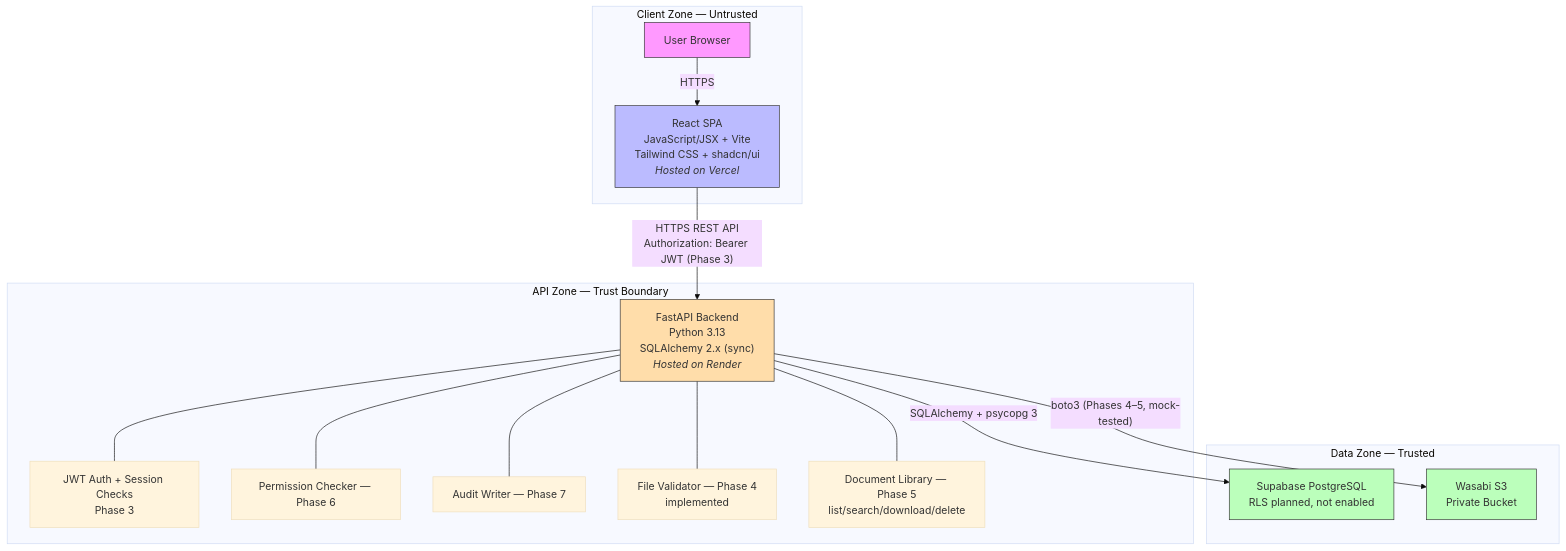
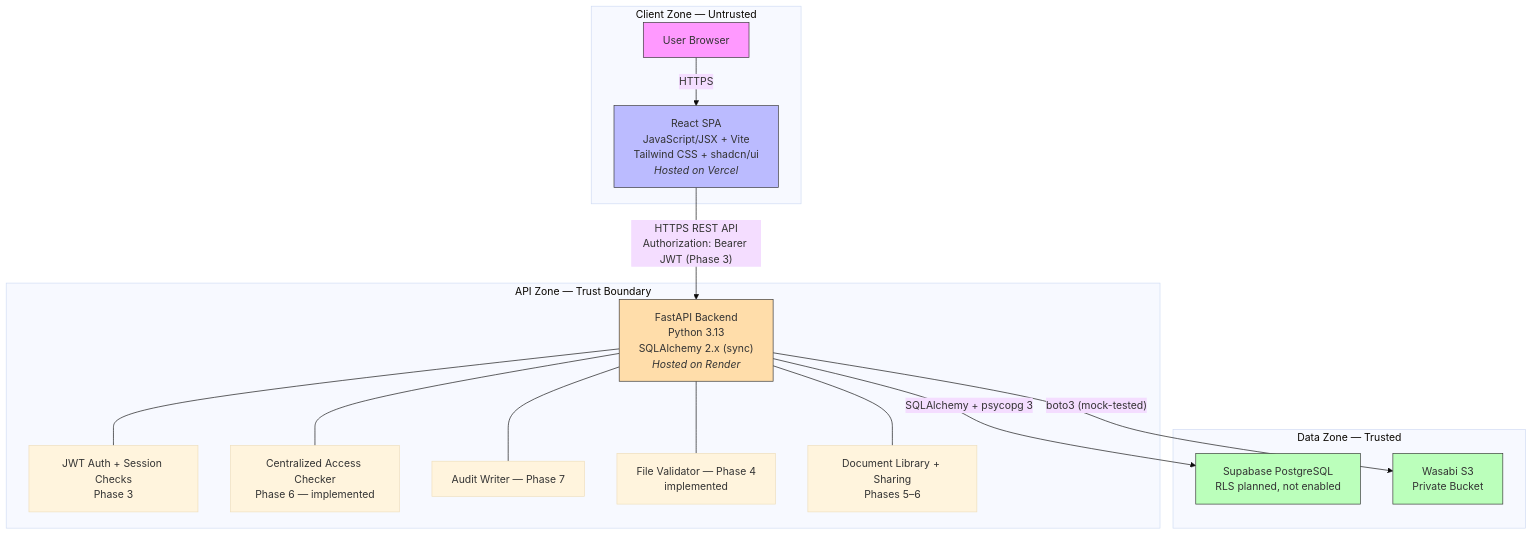
The first of 4 diagrams in docs/ARCHITECTURE.md (saisankeerth27/TrustVault), drawn with Mermaid (base theme) before and after one commit. The commit also changed other lines of this file and 28 other files, not shown here.

Commit message:
feat(permissions): implement document access grants and revocation

````diff
--- a/docs/ARCHITECTURE.md
+++ b/docs/ARCHITECTURE.md
@@ -11,37 +11,37 @@
 ```mermaid
 graph TB
     subgraph "Client Zone — Untrusted"
         Browser["User Browser"]
         ReactSPA["React SPA<br/>JavaScript/JSX + Vite<br/>Tailwind CSS + shadcn/ui<br/><i>Hosted on Vercel</i>"]
     end
 
     subgraph "API Zone — Trust Boundary"
         API["FastAPI Backend<br/>Python 3.13<br/>SQLAlchemy 2.x (sync)<br/><i>Hosted on Render</i>"]
         AuthMW["JWT Auth + Session Checks<br/>Phase 3"]
-        PermCheck["Permission Checker — Phase 6"]
+        PermCheck["Centralized Access Checker<br/>Phase 6 — implemented"]
         AuditSvc["Audit Writer — Phase 7"]
         FileVal["File Validator — Phase 4<br/>implemented"]
-        DocMgmt["Document Library — Phase 5<br/>list/search/download/delete"]
+        DocMgmt["Document Library + Sharing<br/>Phases 5–6"]
     end
 
     subgraph "Data Zone — Trusted"
         DB["Supabase PostgreSQL<br/>RLS planned, not enabled"]
         S3["Wasabi S3<br/>Private Bucket"]
     end
 
     Browser -->|"HTTPS"| ReactSPA
     ReactSPA -->|"HTTPS REST API<br/>Authorization: Bearer JWT (Phase 3)"| API
     API --- AuthMW
     API --- PermCheck
     API --- AuditSvc
     API --- FileVal
     API --- DocMgmt
     API -->|"SQLAlchemy + psycopg 3"| DB
-    API -->|"boto3 (Phases 4–5, mock-tested)"| S3
+    API -->|"boto3 (mock-tested)"| S3
 
     style Browser fill:#f9f,stroke:#333
     style ReactSPA fill:#bbf,stroke:#333
     style API fill:#fda,stroke:#333
     style DB fill:#bfb,stroke:#333
     style S3 fill:#bfb,stroke:#333
 ```
````
